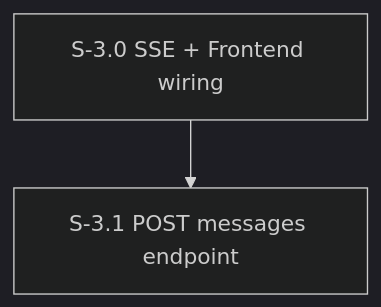
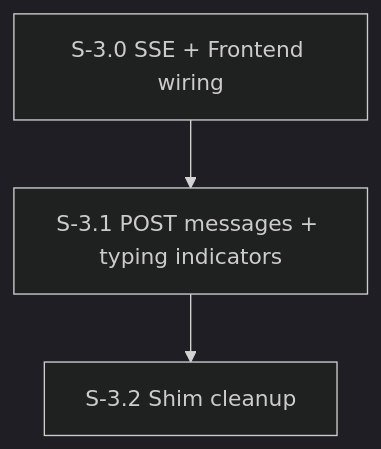
The diagram in spec/plan/milestone-3-api-layer-sse.md (pedropaulovc/the-office), drawn with Mermaid (dark theme) before and after one commit. The commit also changed other lines of this file and 2 other files, not shown here.

First line of the commit message:
Merge M4 (Frontend Polish) into M3

````diff
--- a/spec/plan/milestone-3-api-layer-sse.md
+++ b/spec/plan/milestone-3-api-layer-sse.md
@@ -5,4 +5,5 @@
 ```mermaid
 graph TD
-    S30[S-3.0 SSE + Frontend wiring] --> S31[S-3.1 POST messages endpoint]
+    S30[S-3.0 SSE + Frontend wiring] --> S31[S-3.1 POST messages + typing indicators]
+    S31 --> S32[S-3.2 Shim cleanup]
 ```
````
